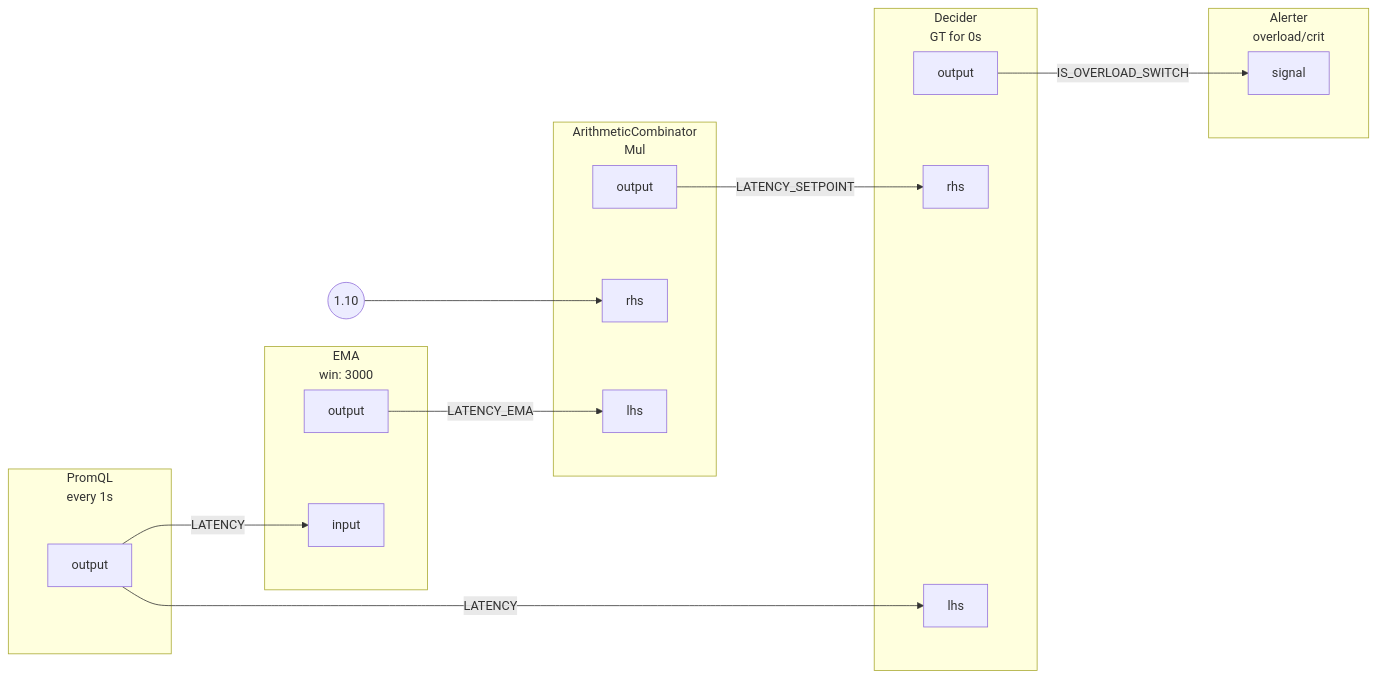
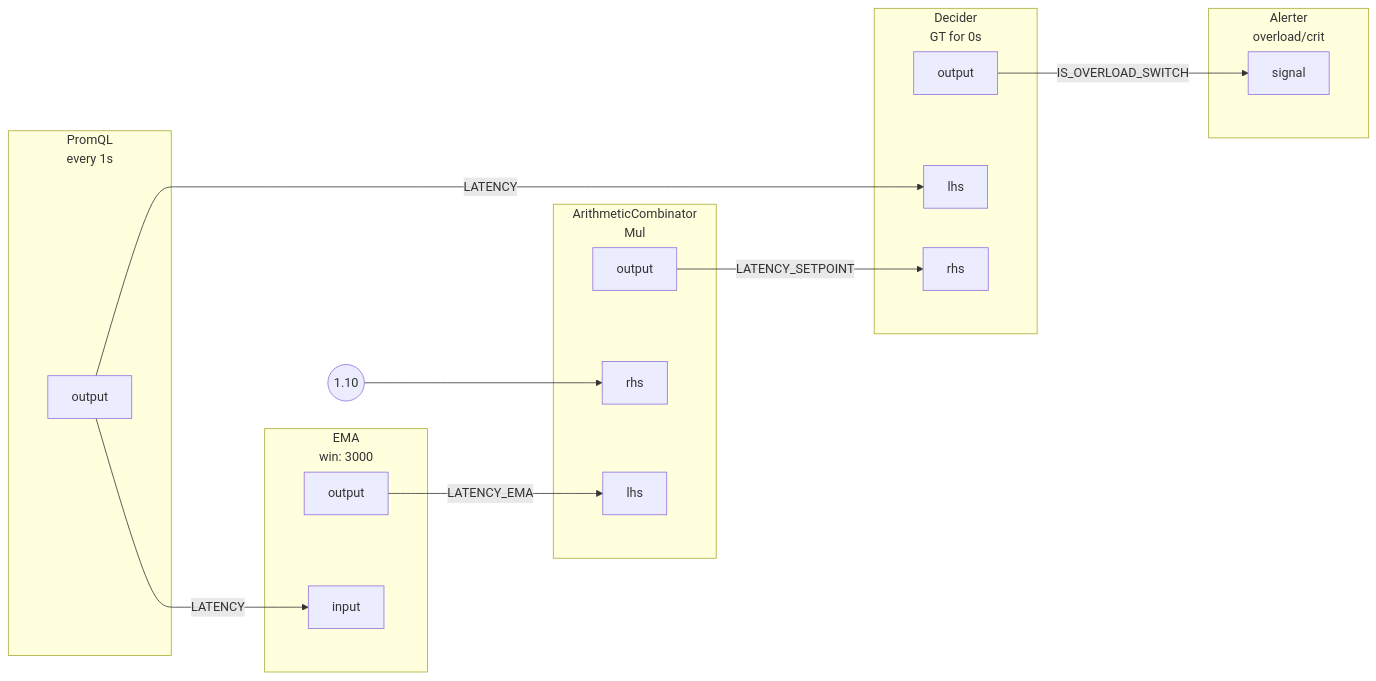
Before and after one commit to dataongunlaws/aperture: the diagram in docs/content/tutorials/signal-processing/assets/detecting-overload/detecting-overload.mmd, drawn with Mermaid. The commit also changed other lines of this file and 254 other files, not shown here.

```diff
--- a/docs/content/tutorials/signal-processing/assets/detecting-overload/detecting-overload.mmd
+++ b/docs/content/tutorials/signal-processing/assets/detecting-overload/detecting-overload.mmd
@@ -1,52 +1,52 @@
 flowchart LR
 subgraph root.0[<center>PromQL<br/>every 1s</center>]
 subgraph root.0_outports[ ]
 style root.0_outports fill:none,stroke:none
 root.0output[output]
 end
 end
 subgraph root.1[<center>EMA<br/>win: 3000</center>]
 subgraph root.1_inports[ ]
 style root.1_inports fill:none,stroke:none
 root.1input[input]
 end
 subgraph root.1_outports[ ]
 style root.1_outports fill:none,stroke:none
 root.1output[output]
 end
 end
 FakeConstant0((1.10))
 FakeConstant0 --> root.2rhs
 subgraph root.2[<center>ArithmeticCombinator<br/>Mul</center>]
 subgraph root.2_inports[ ]
 style root.2_inports fill:none,stroke:none
+root.2lhs[lhs]
 root.2rhs[rhs]
-root.2lhs[lhs]
 end
 subgraph root.2_outports[ ]
 style root.2_outports fill:none,stroke:none
 root.2output[output]
 end
 end
 subgraph root.3[<center>Decider<br/>GT for 0s</center>]
 subgraph root.3_inports[ ]
 style root.3_inports fill:none,stroke:none
+root.3lhs[lhs]
 root.3rhs[rhs]
-root.3lhs[lhs]
 end
 subgraph root.3_outports[ ]
 style root.3_outports fill:none,stroke:none
 root.3output[output]
 end
 end
 subgraph root.4[<center>Alerter<br/>overload/crit</center>]
 subgraph root.4_inports[ ]
 style root.4_inports fill:none,stroke:none
 root.4signal[signal]
 end
 end
+root.3output --> |IS_OVERLOAD_SWITCH| root.4signal
 root.0output --> |LATENCY| root.1input
 root.0output --> |LATENCY| root.3lhs
 root.1output --> |LATENCY_EMA| root.2lhs
 root.2output --> |LATENCY_SETPOINT| root.3rhs
-root.3output --> |IS_OVERLOAD_SWITCH| root.4signal
```
